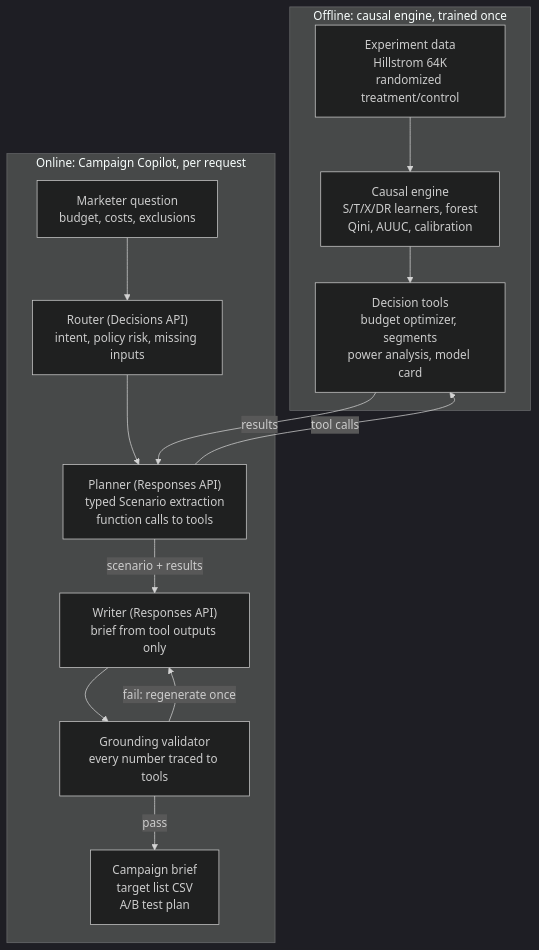
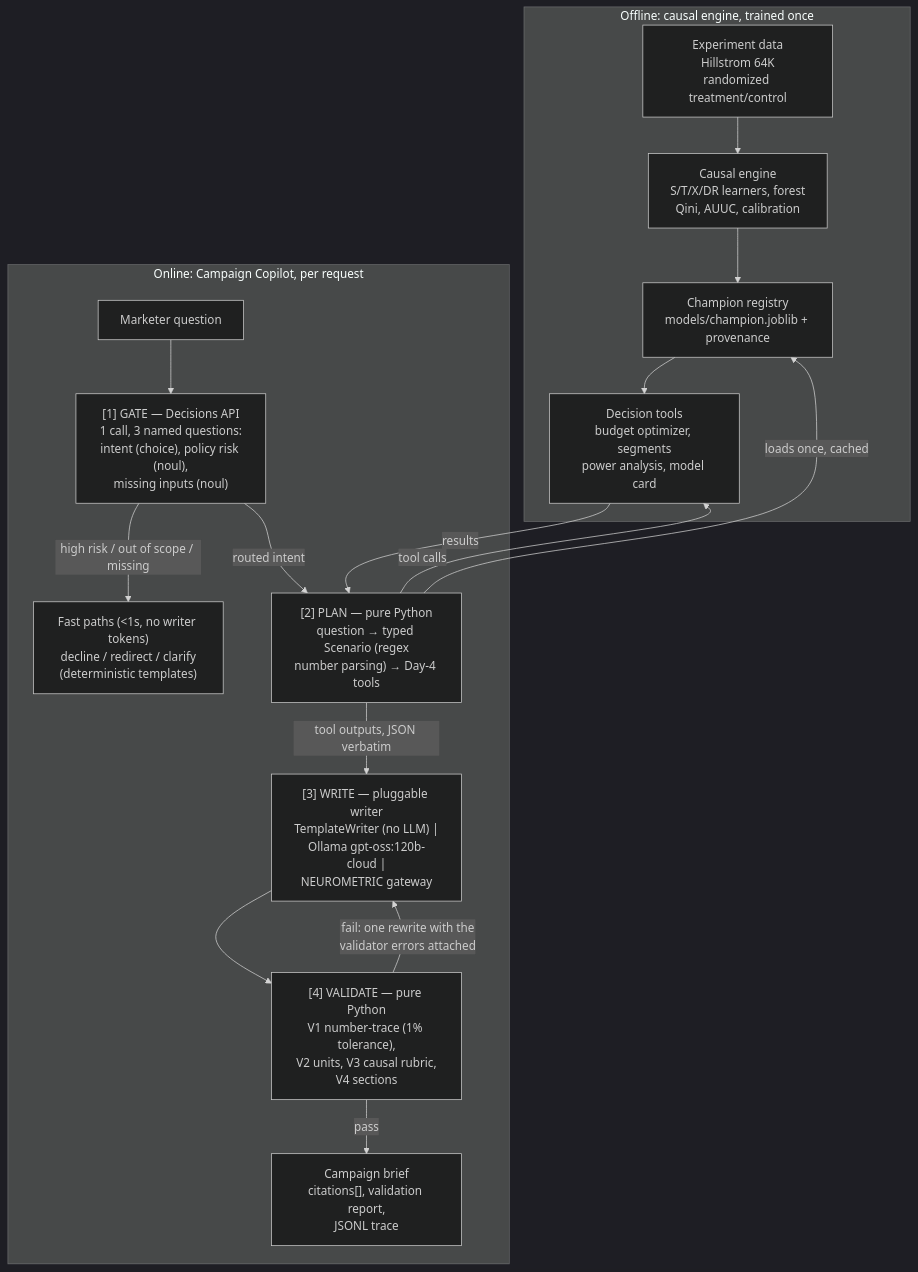
Before and after one commit to Nikhilsharma508/SmartSpend: the diagram in description.md, drawn with Mermaid (dark theme). The commit also changed other lines of this file and 5 other files, not shown here.

First line of the commit message:
docs: real copilot architecture in description/plan + env template

````diff
--- a/description.md
+++ b/description.md
@@ -60,17 +60,20 @@
 ```mermaid
 flowchart TB
     subgraph OFF["Offline: causal engine, trained once"]
         D["Experiment data<br/>Hillstrom 64K<br/>randomized treatment/control"] --> E["Causal engine<br/>S/T/X/DR learners, forest<br/>Qini, AUUC, calibration"]
-        E --> T["Decision tools<br/>budget optimizer, segments<br/>power analysis, model card"]
+        E --> REG["Champion registry<br/>models/champion.joblib + provenance"]
+        REG --> T["Decision tools<br/>budget optimizer, segments<br/>power analysis, model card"]
     end
     subgraph ON["Online: Campaign Copilot, per request"]
-        Q["Marketer question<br/>budget, costs, exclusions"] --> R["Router (Decisions API)<br/>intent, policy risk, missing inputs"]
-        R --> P["Planner (Responses API)<br/>typed Scenario extraction<br/>function calls to tools"]
-        P -->|scenario + results| W["Writer (Responses API)<br/>brief from tool outputs only"]
-        W --> V["Grounding validator<br/>every number traced to tools"]
-        V -->|fail: regenerate once| W
-        V -->|pass| O["Campaign brief<br/>target list CSV<br/>A/B test plan"]
+        Q["Marketer question"] --> R["[1] GATE — Decisions API<br/>1 call, 3 named questions:<br/>intent (choice), policy risk (noul),<br/>missing inputs (noul)"]
+        R -->|"high risk / out of scope / missing"| F["Fast paths (<1s, no writer tokens)<br/>decline / redirect / clarify<br/>(deterministic templates)"]
+        R -->|routed intent| P["[2] PLAN — pure Python<br/>question → typed Scenario (regex<br/>number parsing) → Day-4 tools"]
+        P -->|"tool outputs, JSON verbatim"| W["[3] WRITE — pluggable writer<br/>TemplateWriter (no LLM) |<br/>Ollama gpt-oss:120b-cloud |<br/>NEUROMETRIC gateway"]
+        W --> V["[4] VALIDATE — pure Python<br/>V1 number-trace (1% tolerance),<br/>V2 units, V3 causal rubric,<br/>V4 sections"]
+        V -->|"fail: one rewrite with the<br/>validator errors attached"| W
+        V -->|pass| O["Campaign brief<br/>citations[], validation report,<br/>JSONL trace"]
     end
+    P -->|loads once, cached| REG
     P -->|tool calls| T
     T -->|results| P
 ```
````
